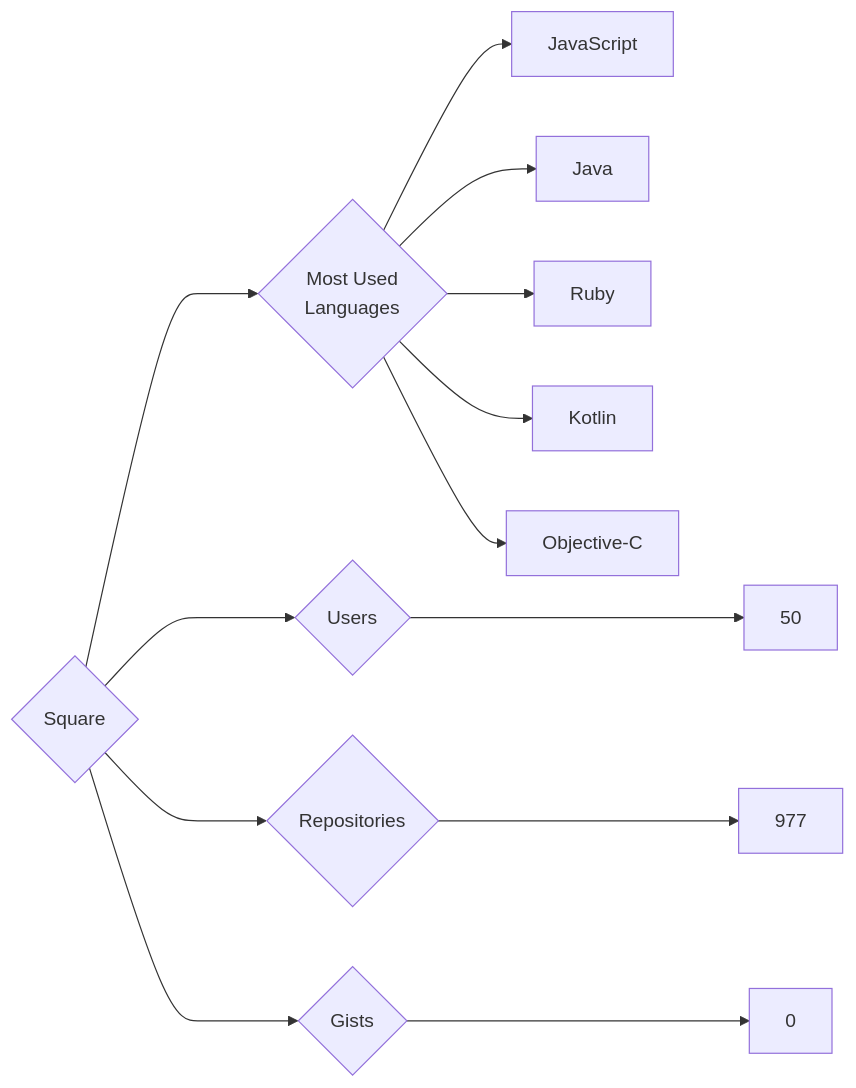
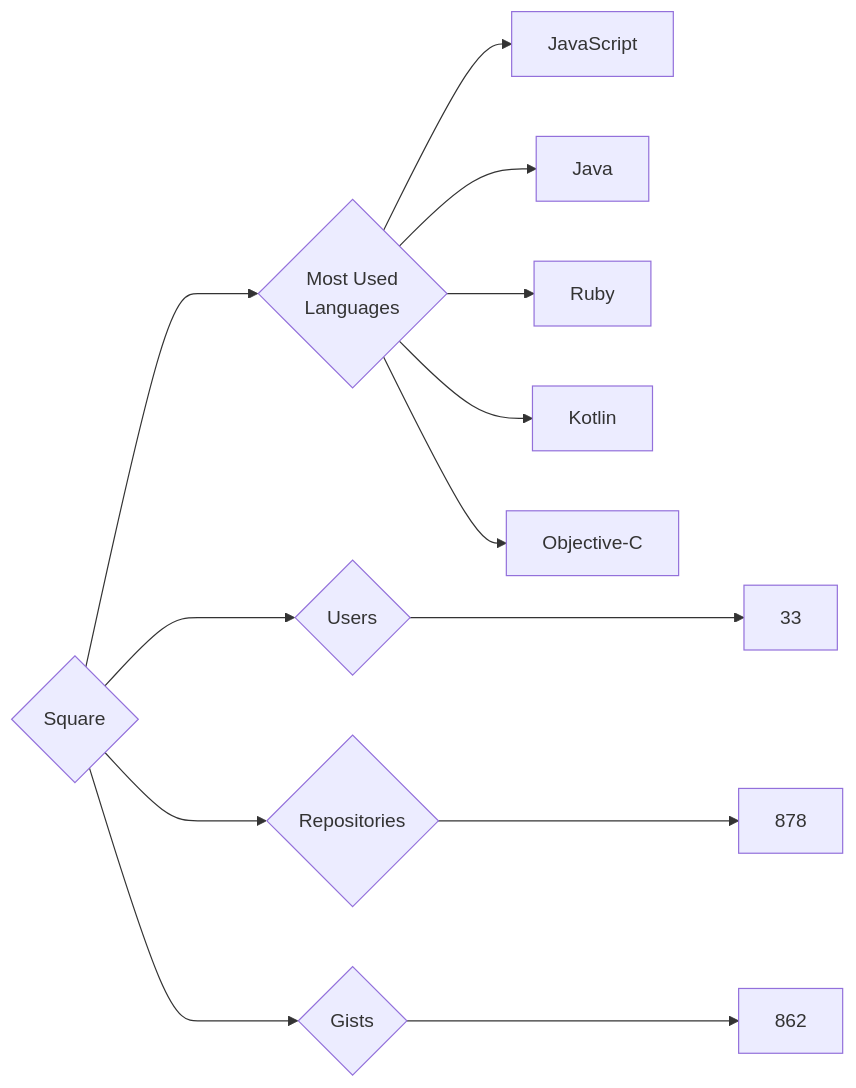
One commit to trickest/insiders changed the diagram in targets/Square/README.md. Above: the diagram before and after it, drawn with Mermaid. The commit also changed 997 other files, not shown here.

````diff
--- a/targets/Square/README.md
+++ b/targets/Square/README.md
@@ -3,13 +3,13 @@
 ```mermaid
 graph LR
 COMPANY_NAME{Square}
-COMPANY_NAME ---> U{Users} ---> UN[50]
-COMPANY_NAME ---> R{Repositories} ---> RN[977]
-COMPANY_NAME ---> G{Gists} ---> GN[0]
+COMPANY_NAME ---> U{Users} ---> UN[33]
+COMPANY_NAME ---> R{Repositories} ---> RN[878]
+COMPANY_NAME ---> G{Gists} ---> GN[862]
 COMPANY_NAME ---> ML{Most Used<br>Languages}
-ML --> JavaScript
-ML --> Java
-ML --> Ruby
-ML --> Kotlin
-ML --> Objective-C
+ML --> JavaScript[JavaScript]
+ML --> Java[Java]
+ML --> Ruby[Ruby]
+ML --> Kotlin[Kotlin]
+ML --> Objective-C[Objective-C]
 ```
````
